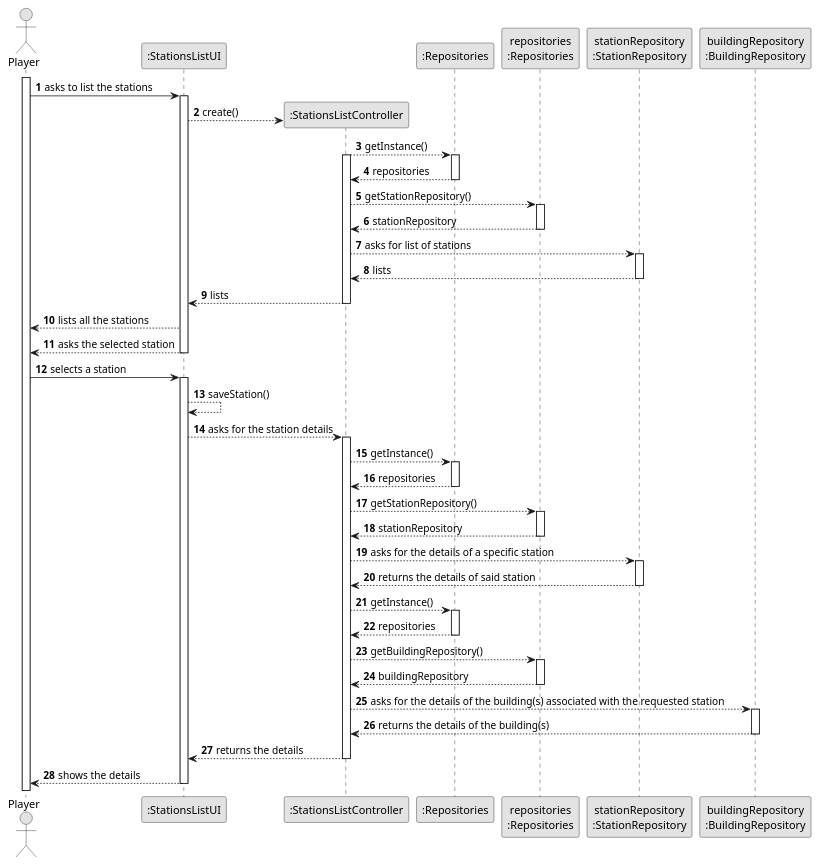
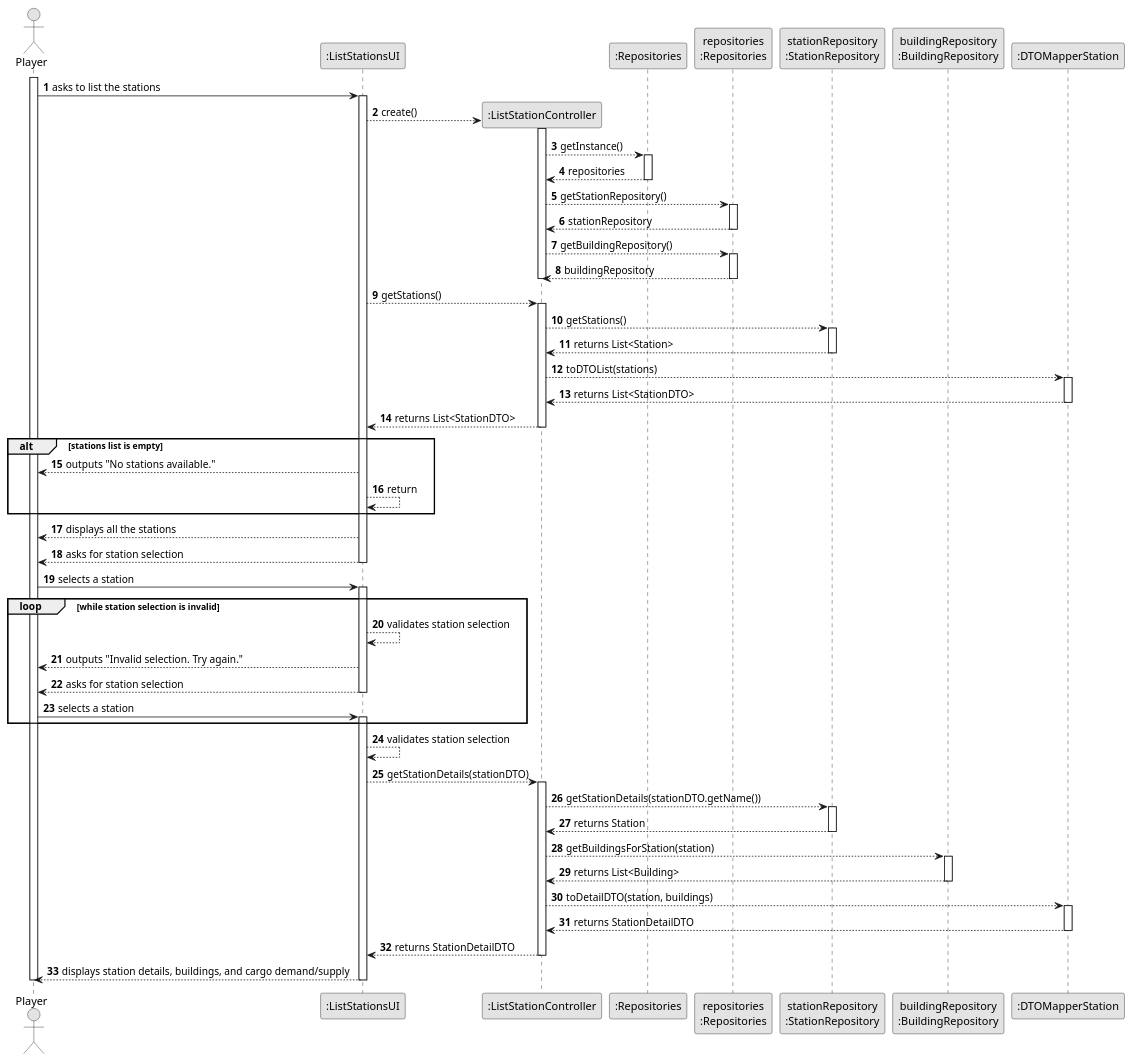
Before and after one commit to goncalolopesp/sem2-pi-24.25-g093-repo: the diagram in docs/system-documentation/US007/03.design/puml/US007-SD.puml, drawn with PlantUML. The commit also changed 3 other files, not shown here.

```diff
--- a/docs/system-documentation/US007/03.design/puml/US007-SD.puml
+++ b/docs/system-documentation/US007/03.design/puml/US007-SD.puml
@@ -1,89 +1,117 @@
 @startuml
 skinparam monochrome true
 skinparam packageStyle rectangle
 skinparam shadowing false
 
 autonumber
 
-actor "Player" as Employee
-participant ":StationsListUI" as StationsListUI
+actor "Player" as Player
+participant ":ListStationsUI" as ListStationsUI
 
-activate Employee
+activate Player
 
-Employee -> StationsListUI : asks to list the stations
-activate StationsListUI
+Player -> ListStationsUI : asks to list the stations
+activate ListStationsUI
 
-create ":StationsListController" as StationsListController
+create ":ListStationController" as ListStationController
 
-StationsListUI --> StationsListController : create()
-
-
+ListStationsUI --> ListStationController : create()
+activate ListStationController
 
 participant ":Repositories" as Repositories
-participant "repositories\n:Repositories" as Repo
-participant "stationRepository\n:StationRepository" as stationRepository
-participant "buildingRepository\n:BuildingRepository" as buildingRepository
+participant "repositories\n:Repositories" as repo
+participant "stationRepository\n:StationRepository" as srepo
+participant "buildingRepository\n:BuildingRepository" as brepo
+participant ":DTOMapperStation" as DTOMapper
 
-StationsListController --> Repositories : getInstance()
-activate StationsListController
+ListStationController --> Repositories : getInstance()
 activate Repositories
 
-Repositories --> StationsListController : repositories
-
+Repositories --> ListStationController : repositories
 deactivate Repositories
 
-StationsListController --> Repo : getStationRepository()
-activate Repo
+ListStationController --> repo : getStationRepository()
+activate repo
 
-Repo --> StationsListController : stationRepository
-deactivate Repo
+repo --> ListStationController : stationRepository
+deactivate repo
 
+ListStationController --> repo : getBuildingRepository()
+activate repo
 
-StationsListController --> stationRepository : asks for list of stations
-activate stationRepository
-stationRepository --> StationsListController : lists
-deactivate stationRepository
-StationsListController --> StationsListUI : lists
+repo --> ListStationController : buildingRepository
+deactivate repo
 
-deactivate StationsListController
+deactivate ListStationController
 
-StationsListUI --> Employee : lists all the stations
-StationsListUI --> Employee : asks the selected station
-deactivate StationsListUI
+ListStationsUI --> ListStationController : getStations()
+activate ListStationController
 
-Employee -> StationsListUI : selects a station
-activate StationsListUI
-StationsListUI --> StationsListUI : saveStation()
-StationsListUI --> StationsListController : asks for the station details
-activate StationsListController
-StationsListController --> Repositories : getInstance()
-activate Repositories
-Repositories --> StationsListController : repositories
-deactivate Repositories
-StationsListController --> Repo : getStationRepository()
-activate Repo
-Repo --> StationsListController : stationRepository
-deactivate Repo
-StationsListController --> stationRepository : asks for the details of a specific station
-activate stationRepository
-stationRepository --> StationsListController : returns the details of said station
-deactivate stationRepository
-StationsListController --> Repositories : getInstance()
-activate Repositories
-Repositories --> StationsListController : repositories
-deactivate Repositories
-StationsListController --> Repo : getBuildingRepository()
-activate Repo
-Repo --> StationsListController : buildingRepository
-deactivate Repo
-StationsListController --> buildingRepository : asks for the details of the building(s) associated with the requested station
-activate buildingRepository
-buildingRepository --> StationsListController : returns the details of the building(s)
-deactivate buildingRepository
-StationsListController --> StationsListUI : returns the details
-deactivate StationsListController
-StationsListUI --> Employee : shows the details
-deactivate StationsListUI
+ListStationController --> srepo : getStations()
+activate srepo
 
+srepo --> ListStationController : returns List<Station>
+deactivate srepo
+
+ListStationController --> DTOMapper : toDTOList(stations)
+activate DTOMapper
+
+DTOMapper --> ListStationController : returns List<StationDTO>
+deactivate DTOMapper
+
+ListStationController --> ListStationsUI : returns List<StationDTO>
+deactivate ListStationController
+
+alt stations list is empty
+    ListStationsUI --> Player : outputs "No stations available."
+    ListStationsUI --> ListStationsUI : return
+end
+
+ListStationsUI --> Player : displays all the stations
+ListStationsUI --> Player : asks for station selection
+deactivate ListStationsUI
+
+Player -> ListStationsUI : selects a station
+activate ListStationsUI
+
+loop while station selection is invalid
+    ListStationsUI --> ListStationsUI : validates station selection
+    ListStationsUI --> Player : outputs "Invalid selection. Try again."
+    ListStationsUI --> Player : asks for station selection
+    deactivate ListStationsUI
+
+    Player -> ListStationsUI : selects a station
+    activate ListStationsUI
+end
+
+ListStationsUI --> ListStationsUI : validates station selection
+ListStationsUI --> ListStationController : getStationDetails(stationDTO)
+activate ListStationController
+
+ListStationController --> srepo : getStationDetails(stationDTO.getName())
+activate srepo
+
+srepo --> ListStationController : returns Station
+deactivate srepo
+
+ListStationController --> brepo : getBuildingsForStation(station)
+activate brepo
+
+brepo --> ListStationController : returns List<Building>
+deactivate brepo
+
+ListStationController --> DTOMapper : toDetailDTO(station, buildings)
+activate DTOMapper
+
+DTOMapper --> ListStationController : returns StationDetailDTO
+deactivate DTOMapper
+
+ListStationController --> ListStationsUI : returns StationDetailDTO
+deactivate ListStationController
+
+ListStationsUI --> Player : displays station details, buildings, and cargo demand/supply
+deactivate ListStationsUI
+
+deactivate Player
 
 @enduml
```
